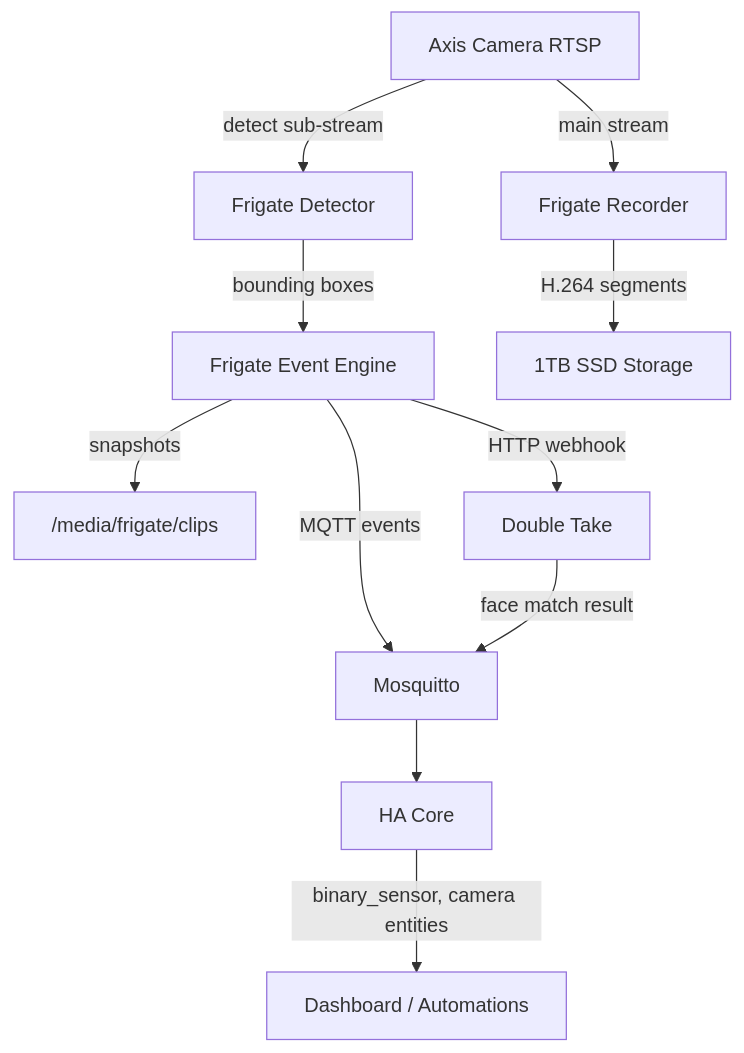
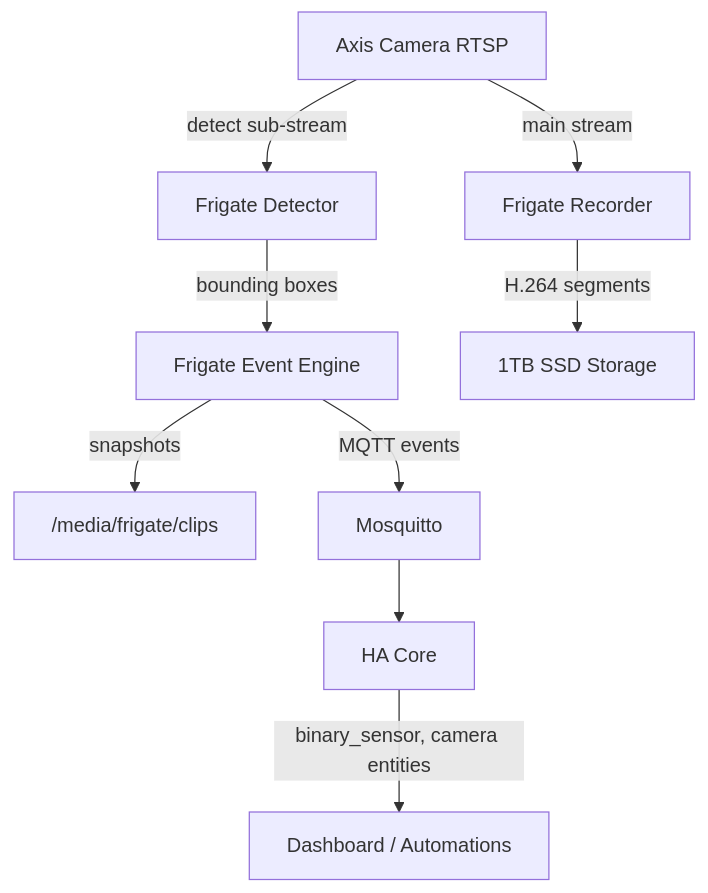
Before and after one commit to thomasdanielsson731/home-assistant-lab: the second of 3 diagrams in docs/architecture/overview.md, drawn with Mermaid. The commit also changed other lines of this file and 82 other files, not shown here.

````diff
--- a/docs/architecture/overview.md
+++ b/docs/architecture/overview.md
@@ -89,17 +88,15 @@
 ```mermaid
 graph TD
     A[Axis Camera RTSP] -->|detect sub-stream| B[Frigate Detector]
     A -->|main stream| C[Frigate Recorder]
 
     B -->|bounding boxes| D[Frigate Event Engine]
     C -->|H.264 segments| E[1TB SSD Storage]
 
     D -->|snapshots| F["/media/frigate/clips"]
     D -->|MQTT events| G[Mosquitto]
-    D -->|HTTP webhook| H[Double Take]
 
     G --> I[HA Core]
-    H -->|face match result| G
 
     I -->|binary_sensor, camera entities| J[Dashboard / Automations]
 ```
````
